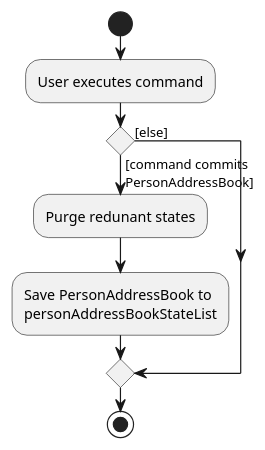
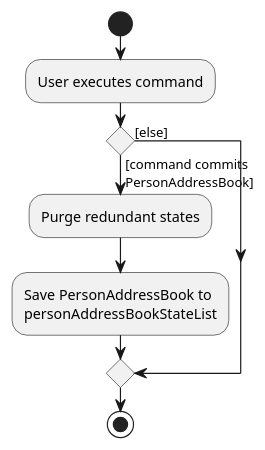
Before and after one commit to vanGoghhh/tp: the diagram in docs/diagrams/CommitActivityDiagram.puml, drawn with PlantUML. The commit also changed 2 other files, not shown here.

```diff
--- a/docs/diagrams/CommitActivityDiagram.puml
+++ b/docs/diagrams/CommitActivityDiagram.puml
@@ -1,16 +1,16 @@
 @startuml
 start
 :User executes command;
 
 'Since the beta syntax does not support placing the condition outside the
 'diamond we place it as the true branch instead.
 
 if () then ([command commits
 PersonAddressBook])
-    :Purge redunant states;
+    :Purge redundant states;
     :Save PersonAddressBook to
     personAddressBookStateList;
 else ([else])
 endif
 stop
 @enduml
```
